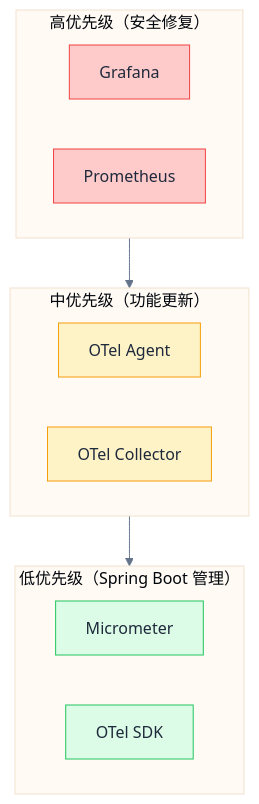
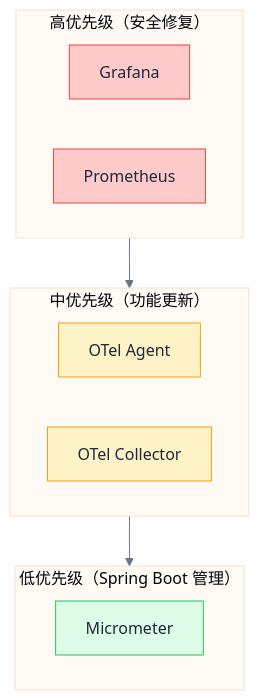
One commit to linqibin0826/patra changed the third of 3 diagrams in patra-api/docs/designs/observability/08-version-matrix.md. Above: the diagram before and after it, drawn with Mermaid. The commit also changed other lines of this file and 8 other files, not shown here.

````diff
--- a/patra-api/docs/designs/observability/08-version-matrix.md
+++ b/patra-api/docs/designs/observability/08-version-matrix.md
@@ -198,37 +310,36 @@
 ```mermaid
 %%{init: {
   'theme': 'base',
   'themeVariables': {
     'primaryColor': '#dbeafe',
     'primaryTextColor': '#1e293b',
     'primaryBorderColor': '#3b82f6',
     'lineColor': '#64748b',
     'edgeLabelBackground': '#f1f5f9'
   }
 }}%%
 flowchart TD
     subgraph High["高优先级（安全修复）"]
         Grafana[Grafana]
         Prometheus[Prometheus]
     end
 
     subgraph Medium["中优先级（功能更新）"]
         Agent[OTel Agent]
         Collector[OTel Collector]
     end
 
     subgraph Low["低优先级（Spring Boot 管理）"]
         Micrometer[Micrometer]
-        SDK[OTel SDK]
     end
 
     High --> Medium --> Low
 
     classDef high fill:#fecaca,stroke:#ef4444,color:#1e293b;
     classDef medium fill:#fef3c7,stroke:#f59e0b,color:#1e293b;
     classDef low fill:#dcfce7,stroke:#22c55e,color:#1e293b;
 
     class Grafana,Prometheus high;
     class Agent,Collector medium;
-    class Micrometer,SDK low;
+    class Micrometer low;
 ```
````
